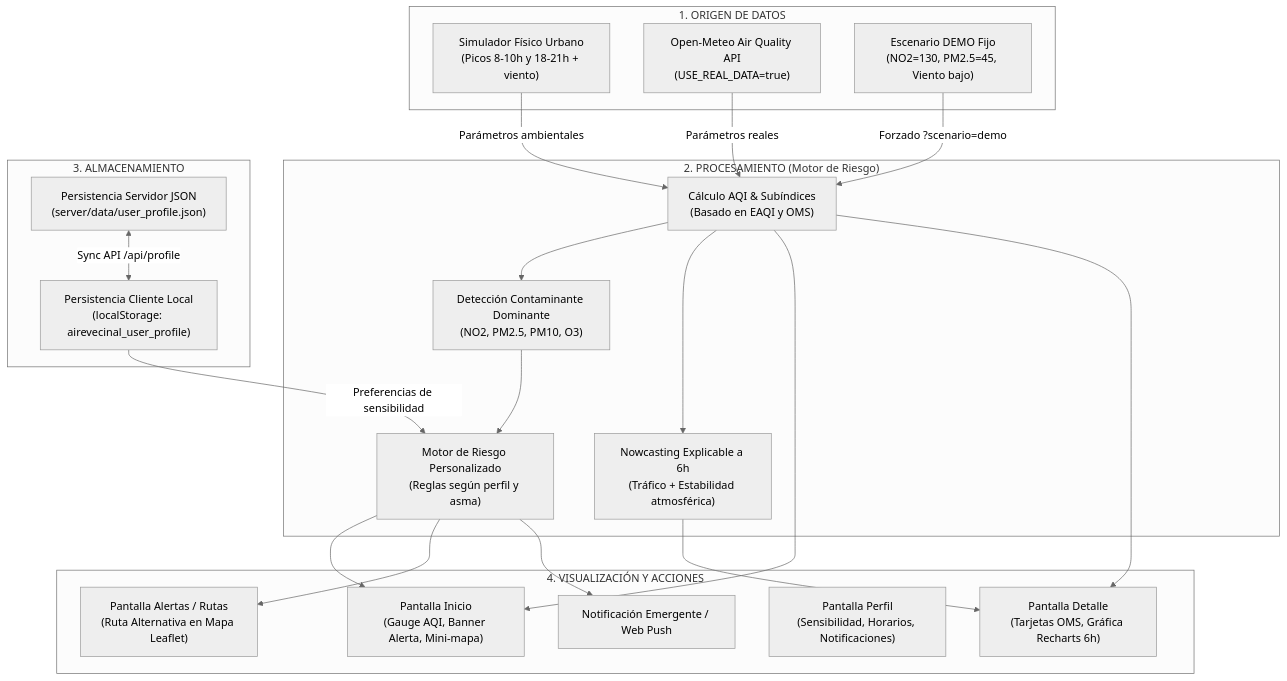
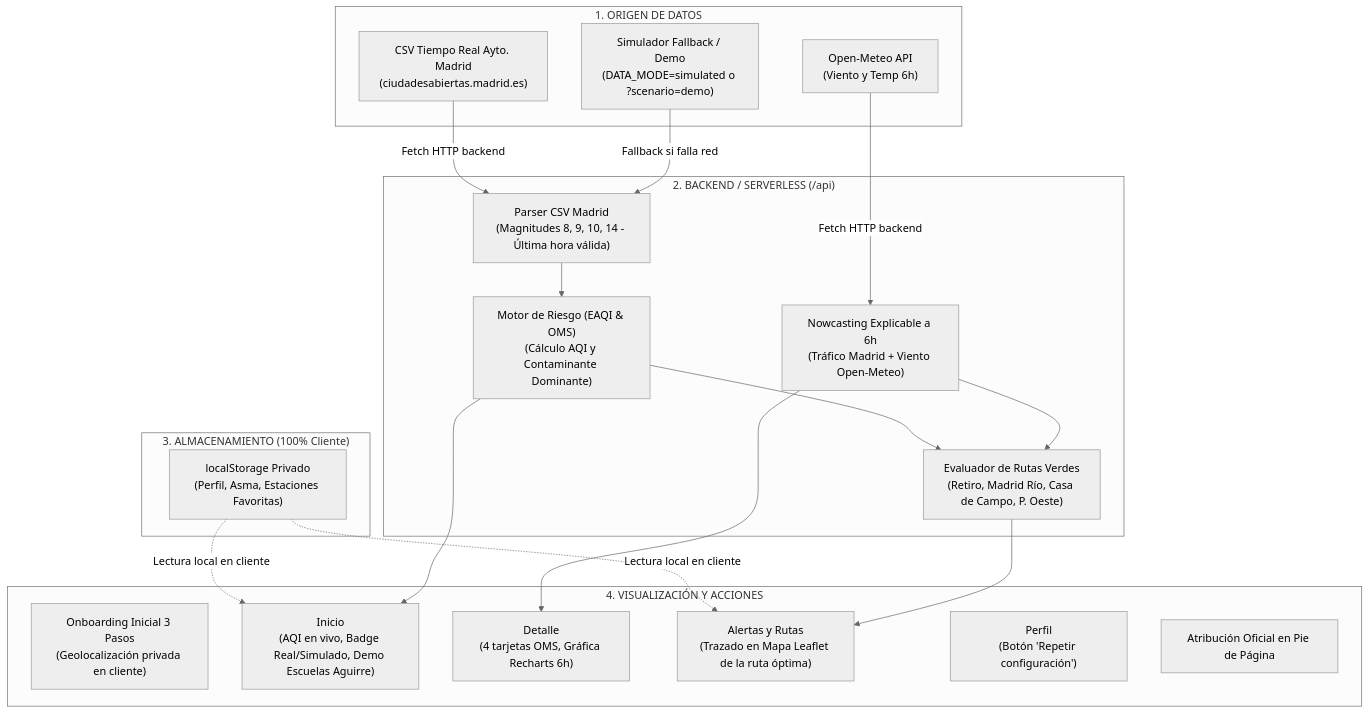
The diagram in README.md (Hsandin7/aire-vecinal), drawn with Mermaid (neutral theme) before and after one commit. The commit also changed other lines of this file and 27 other files, not shown here.

Commit message:
feat: integrate Madrid open data, 4 fixed routes, onboarding, and Vercel serverless

````diff
--- a/README.md
+++ b/README.md
@@ -43,46 +35,43 @@
 ```mermaid
 flowchart TD
     subgraph S1["1. ORIGEN DE DATOS"]
-        A1["Simulador Físico Urbano<br/>(Picos 8-10h y 18-21h + viento)"]
-        A2["Open-Meteo Air Quality API<br/>(USE_REAL_DATA=true)"]
-        A3["Escenario DEMO Fijo<br/>(NO2=130, PM2.5=45, Viento bajo)"]
+        A1["CSV Tiempo Real Ayto. Madrid<br/>(ciudadesabiertas.madrid.es)"]
+        A2["Open-Meteo API<br/>(Viento y Temp 6h)"]
+        A3["Simulador Fallback / Demo<br/>(DATA_MODE=simulated o ?scenario=demo)"]
     end
 
-    subgraph S2["2. PROCESAMIENTO (Motor de Riesgo)"]
-        B1["Cálculo AQI & Subíndices<br/>(Basado en EAQI y OMS)"]
-        B2["Detección Contaminante Dominante<br/>(NO2, PM2.5, PM10, O3)"]
-        B3["Motor de Riesgo Personalizado<br/>(Reglas según perfil y asma)"]
-        B4["Nowcasting Explicable a 6h<br/>(Tráfico + Estabilidad atmosférica)"]
+    subgraph S2["2. BACKEND / SERVERLESS (/api)"]
+        B1["Parser CSV Madrid<br/>(Magnitudes 8, 9, 10, 14 - Última hora válida)"]
+        B2["Motor de Riesgo (EAQI & OMS)<br/>(Cálculo AQI y Contaminante Dominante)"]
+        B3["Evaluador de Rutas Verdes<br/>(Retiro, Madrid Río, Casa de Campo, P. Oeste)"]
+        B4["Nowcasting Explicable a 6h<br/>(Tráfico Madrid + Viento Open-Meteo)"]
     end
 
-    subgraph S3["3. ALMACENAMIENTO"]
-        C1["Persistencia Servidor JSON<br/>(server/data/user_profile.json)"]
-        C2["Persistencia Cliente Local<br/>(localStorage: airevecinal_user_profile)"]
+    subgraph S3["3. ALMACENAMIENTO (100% Cliente)"]
+        C1["localStorage Privado<br/>(Perfil, Asma, Estaciones Favoritas)"]
     end
 
     subgraph S4["4. VISUALIZACIÓN Y ACCIONES"]
-        D1["Pantalla Inicio<br/>(Gauge AQI, Banner Alerta, Mini-mapa)"]
-        D2["Pantalla Detalle<br/>(Tarjetas OMS, Gráfica Recharts 6h)"]
-        D3["Pantalla Alertas / Rutas<br/>(Ruta Alternativa en Mapa Leaflet)"]
-        D4["Pantalla Perfil<br/>(Sensibilidad, Horarios, Notificaciones)"]
-        D5["Notificación Emergente / Web Push"]
+        D1["Onboarding Inicial 3 Pasos<br/>(Geolocalización privada en cliente)"]
+        D2["Inicio<br/>(AQI en vivo, Badge Real/Simulado, Demo Escuelas Aguirre)"]
+        D3["Detalle<br/>(4 tarjetas OMS, Gráfica Recharts 6h)"]
+        D4["Alertas y Rutas<br/>(Trazado en Mapa Leaflet de la ruta óptima)"]
+        D5["Perfil<br/>(Botón 'Repetir configuración')"]
+        D6["Atribución Oficial en Pie de Página"]
     end
 
-    A1 -->|Parámetros ambientales| B1
-    A2 -->|Parámetros reales| B1
-    A3 -->|Forzado ?scenario=demo| B1
+    A1 -->|Fetch HTTP backend| B1
+    A2 -->|Fetch HTTP backend| B4
+    A3 -->|Fallback si falla red| B1
 
     B1 --> B2
     B2 --> B3
-    B1 --> B4
+    B4 --> B3
 
-    C1 <-->|Sync API /api/profile| C2
-    C2 -->|Preferencias de sensibilidad| B3
+    C1 -.->|Lectura local en cliente| D2
+    C1 -.->|Lectura local en cliente| D4
 
-    B3 --> D1
-    B3 --> D3
-    B3 --> D5
-    B4 --> D2
-    B1 --> D1
-    B1 --> D2
+    B2 --> D2
+    B3 --> D4
+    B4 --> D3
 ```
````
